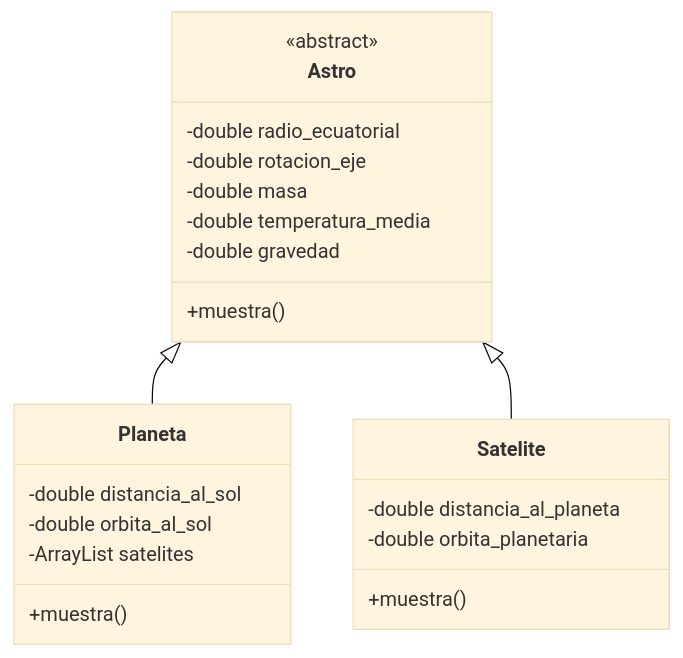
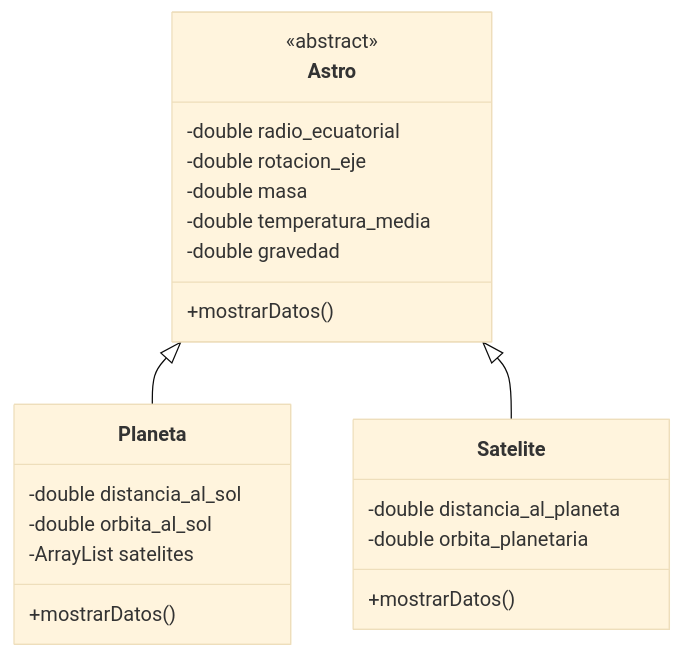
The first of 3 diagrams in UD08/UD08_ejercicios_ES.md (arturoblasco/PROG23), drawn with Mermaid (base theme) before and after one commit. The commit also changed other lines of this file, not shown here.

Commit message:
ud08 - ejercicios

````diff
--- a/UD08/UD08_ejercicios_ES.md
+++ b/UD08/UD08_ejercicios_ES.md
@@ -369,24 +369,24 @@
 ```mermaid
  classDiagram
    Astro <|-- Planeta
    Astro <|-- Satelite
    
    Astro : -double radio_ecuatorial
    Astro : -double rotacion_eje
    Astro : -double masa
    Astro: -double temperatura_media
    Astro: -double gravedad
-   Astro: +muestra()
+   Astro: +mostrarDatos()
    <<abstract>> Astro
    class Planeta{
      -double distancia_al_sol
      -double orbita_al_sol
      -ArrayList<Satelite> satelites
-     +muestra()
+     +mostrarDatos()
    }
    class Satelite{
     -double distancia_al_planeta
     -double orbita_planetaria
-    +muestra()
+    +mostrarDatos()
    }
 ```
````
